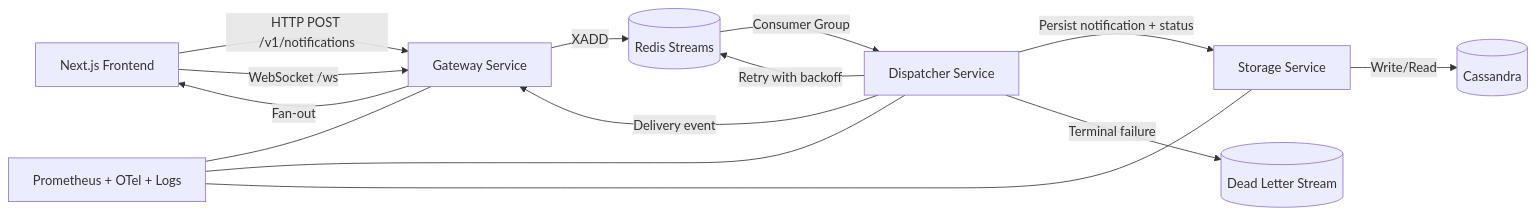
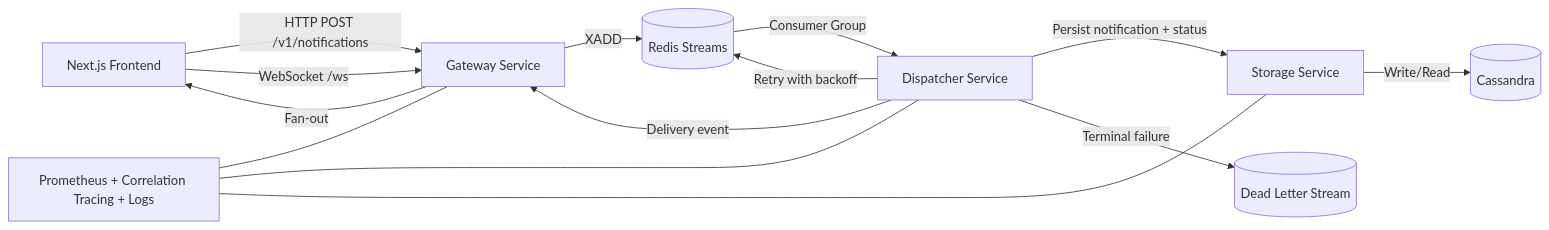
Before and after one commit to arup-chauhan/Multi-Tenant-Notifications-Platform: the first of 3 diagrams in README.md, drawn with Mermaid. The commit also changed other lines of this file and 57 other files, not shown here.

````diff
--- a/README.md
+++ b/README.md
@@ -58,21 +60,21 @@
 ```mermaid
 flowchart LR
     C[Next.js Frontend] -->|HTTP POST /v1/notifications| G[Gateway Service]
     C -->|WebSocket /ws| G
 
     G -->|XADD| RS[(Redis Streams)]
     RS -->|Consumer Group| D[Dispatcher Service]
 
     D -->|Persist notification + status| S[Storage Service]
     S -->|Write/Read| CA[(Cassandra)]
 
     D -->|Delivery event| G
     G -->|Fan-out| C
 
     D -->|Retry with backoff| RS
     D -->|Terminal failure| DLQ[(Dead Letter Stream)]
 
-    O[Prometheus + OTel + Logs] --- G
+    O[Prometheus + Correlation Tracing + Logs] --- G
     O --- D
     O --- S
 ```
````
